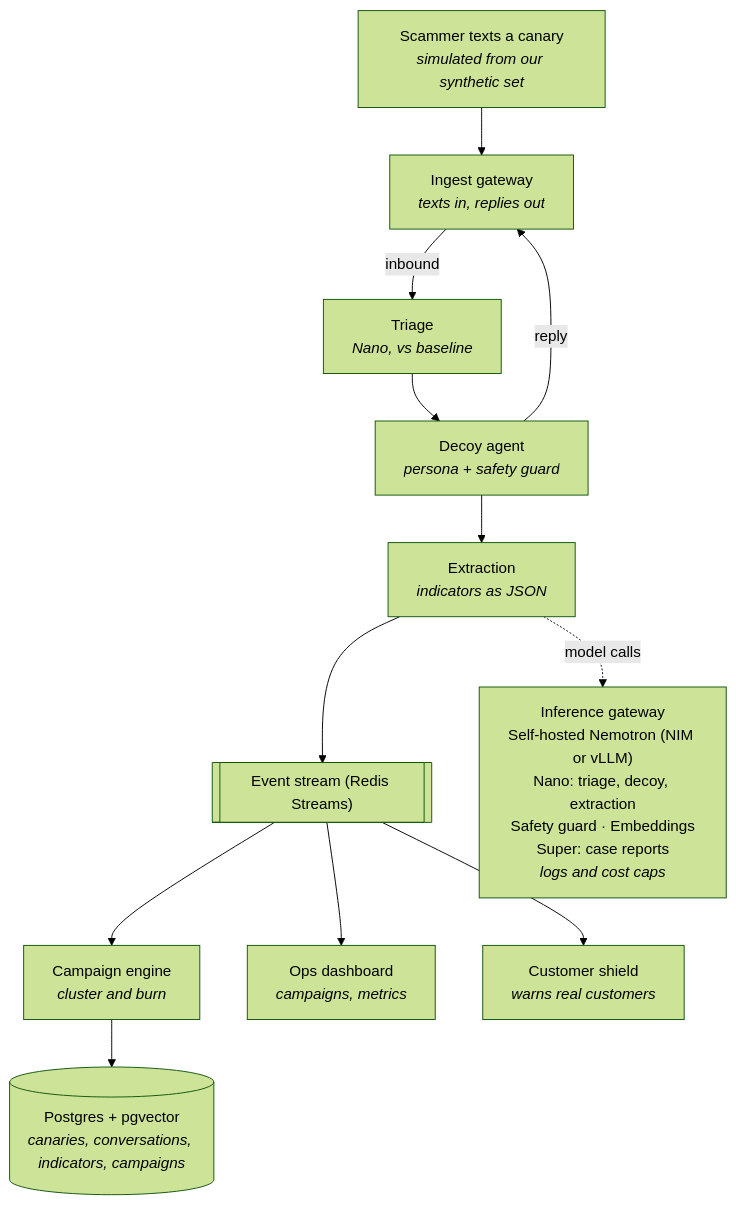
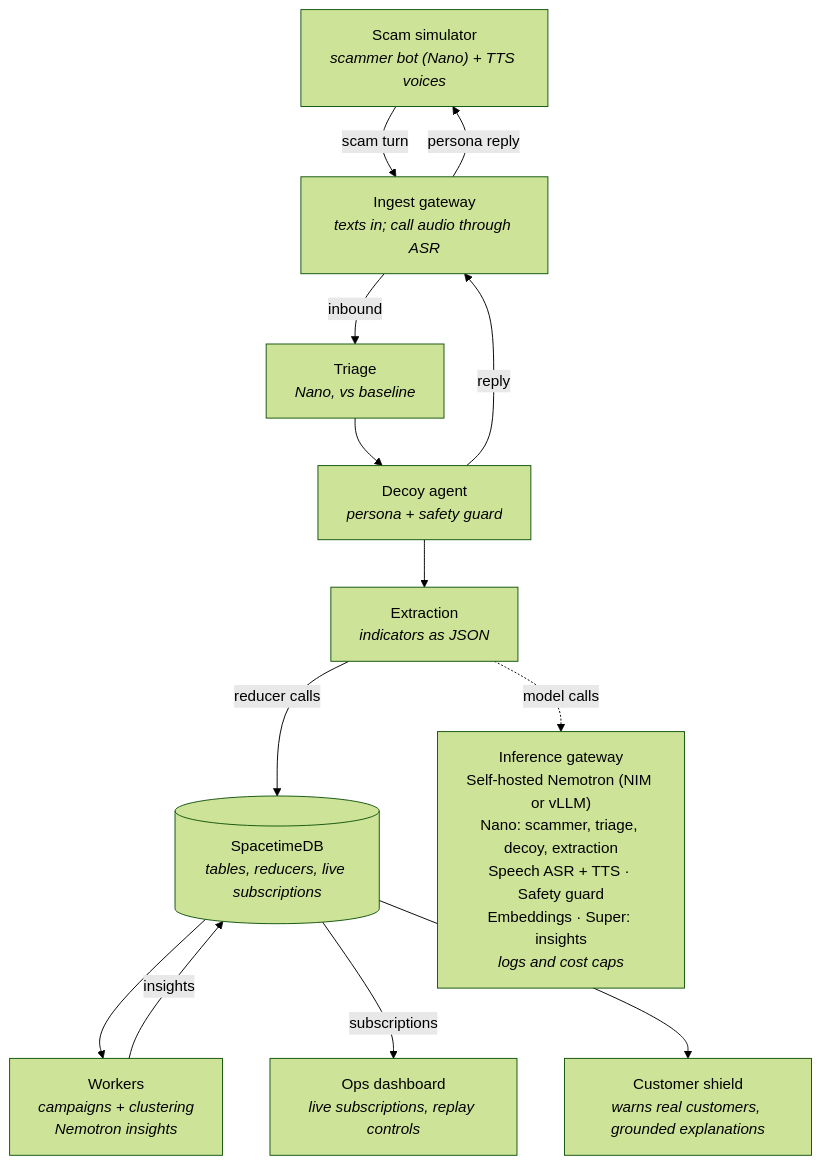
The first of 2 diagrams in docs/ARCHITECTURE.md (AbdullahMoghal/Talon), drawn with Mermaid (forest theme) before and after one commit. The commit also changed other lines of this file, not shown here.

Commit message:
Update architecture to SpacetimeDB, scam simulator and insight worker

````diff
--- a/docs/ARCHITECTURE.md
+++ b/docs/ARCHITECTURE.md
@@ -9,14 +9,15 @@
 ```mermaid
 flowchart TB
-    S["Scammer texts a canary<br/><i>simulated from our synthetic set</i>"] --> I["Ingest gateway<br/><i>texts in, replies out</i>"]
+    S["Scam simulator<br/><i>scammer bot (Nano) + TTS voices</i>"] -- scam turn --> I["Ingest gateway<br/><i>texts in; call audio through ASR</i>"]
+    I -- persona reply --> S
     I -- inbound --> T["Triage<br/><i>Nano, vs baseline</i>"]
     T --> D["Decoy agent<br/><i>persona + safety guard</i>"]
     D -- reply --> I
     D --> X["Extraction<br/><i>indicators as JSON</i>"]
-    X --> E[["Event stream (Redis Streams)"]]
-    E --> C["Campaign engine<br/><i>cluster and burn</i>"]
-    E --> O["Ops dashboard<br/><i>campaigns, metrics</i>"]
-    E --> CS["Customer shield<br/><i>warns real customers</i>"]
-    C --> DB[("Postgres + pgvector<br/><i>canaries, conversations, indicators, campaigns</i>")]
-    X -. model calls .-> G["Inference gateway<br/>Self-hosted Nemotron (NIM or vLLM)<br/>Nano: triage, decoy, extraction<br/>Safety guard · Embeddings<br/>Super: case reports<br/><i>logs and cost caps</i>"]
+    X -- reducer calls --> DB[("SpacetimeDB<br/><i>tables, reducers, live subscriptions</i>")]
+    DB --> W["Workers<br/><i>campaigns + clustering<br/>Nemotron insights</i>"]
+    W -- insights --> DB
+    DB -- subscriptions --> O["Ops dashboard<br/><i>live subscriptions, replay controls</i>"]
+    DB --> CS["Customer shield<br/><i>warns real customers, grounded explanations</i>"]
+    X -. model calls .-> G["Inference gateway<br/>Self-hosted Nemotron (NIM or vLLM)<br/>Nano: scammer, triage, decoy, extraction<br/>Speech ASR + TTS · Safety guard<br/>Embeddings · Super: insights<br/><i>logs and cost caps</i>"]
 ```
````
